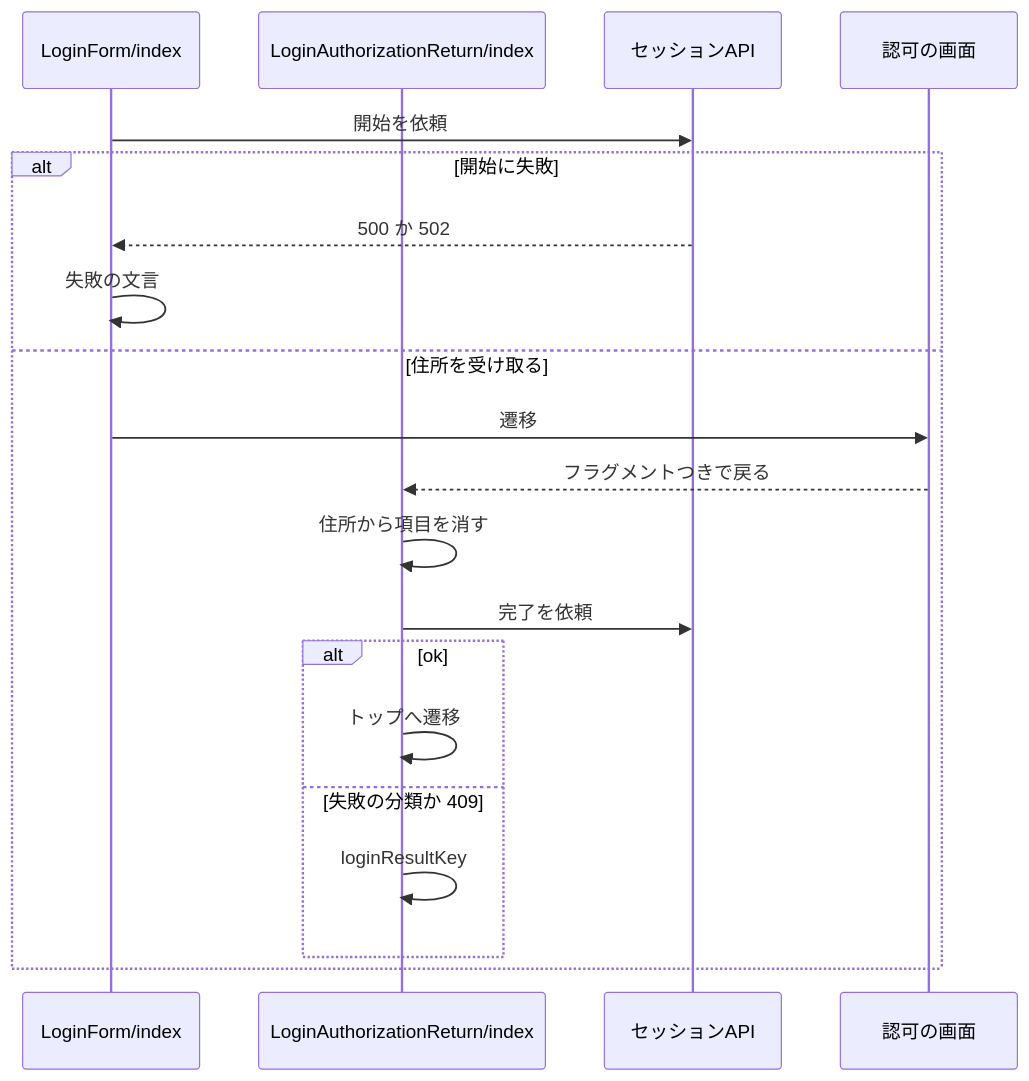
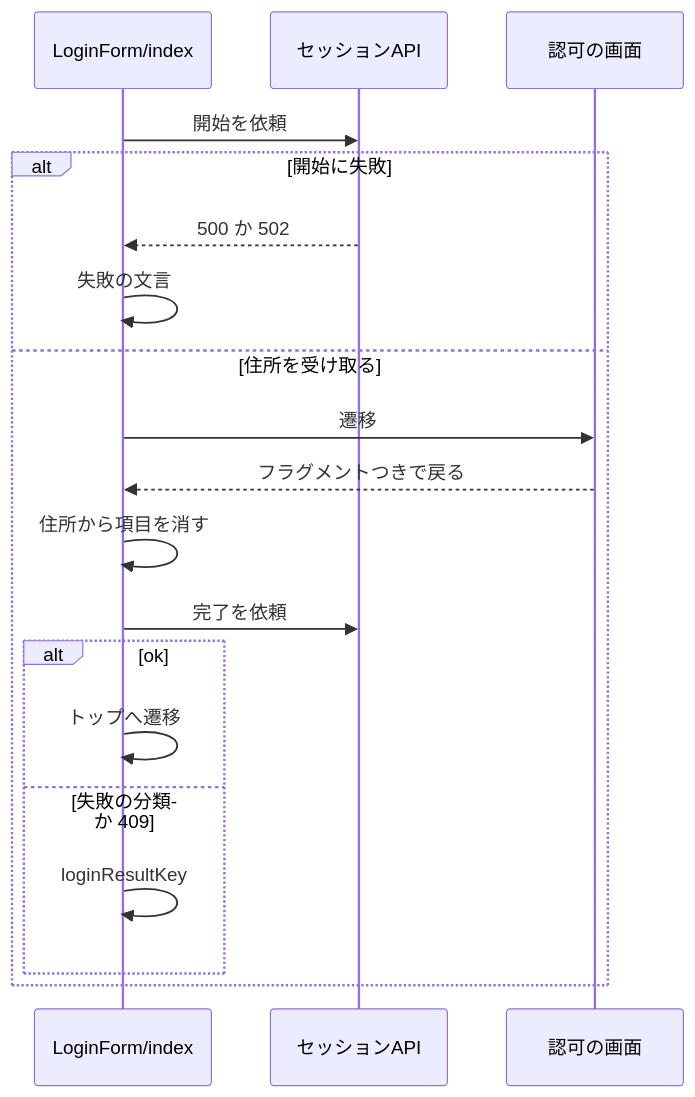
One commit to nekono-dev/skyshare changed the third of 3 diagrams in specs/login-accounts/design.md. Above: the diagram before and after it, drawn with Mermaid. The commit also changed other lines of this file and 10 other files, not shown here.

````diff
--- a/specs/login-accounts/design.md
+++ b/specs/login-accounts/design.md
@@ -57,22 +53,21 @@
 ```mermaid
 sequenceDiagram
   participant LoginForm as LoginForm/index
-  participant Return as LoginAuthorizationReturn/index
   participant ext_session as セッションAPI
   participant ext_as as 認可の画面
   LoginForm->>ext_session: 開始を依頼
   alt 開始に失敗
     ext_session-->>LoginForm: 500 か 502
     LoginForm->>LoginForm: 失敗の文言
   else 住所を受け取る
     LoginForm->>ext_as: 遷移
-    ext_as-->>Return: フラグメントつきで戻る
-    Return->>Return: 住所から項目を消す
-    Return->>ext_session: 完了を依頼
+    ext_as-->>LoginForm: フラグメントつきで戻る
+    LoginForm->>LoginForm: 住所から項目を消す
+    LoginForm->>ext_session: 完了を依頼
     alt ok
-      Return->>Return: トップへ遷移
+      LoginForm->>LoginForm: トップへ遷移
     else 失敗の分類か 409
-      Return->>Return: loginResultKey
+      LoginForm->>LoginForm: loginResultKey
     end
   end
 ```
````
